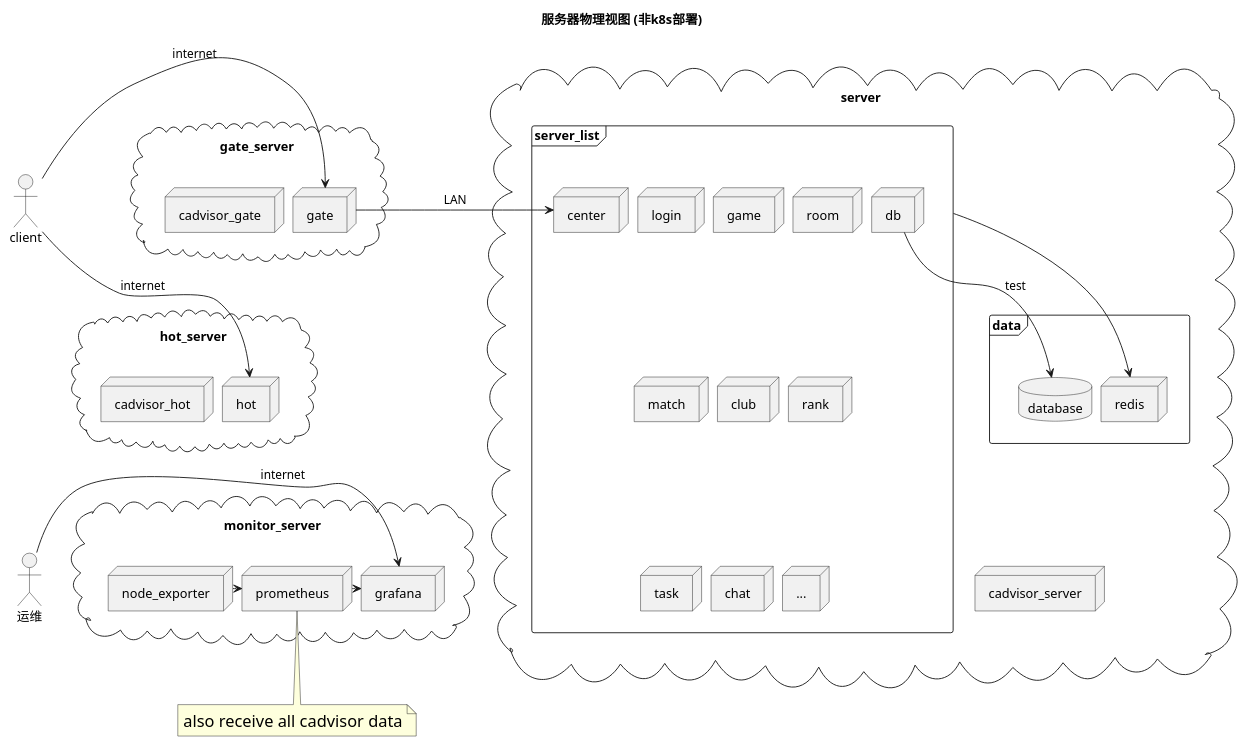
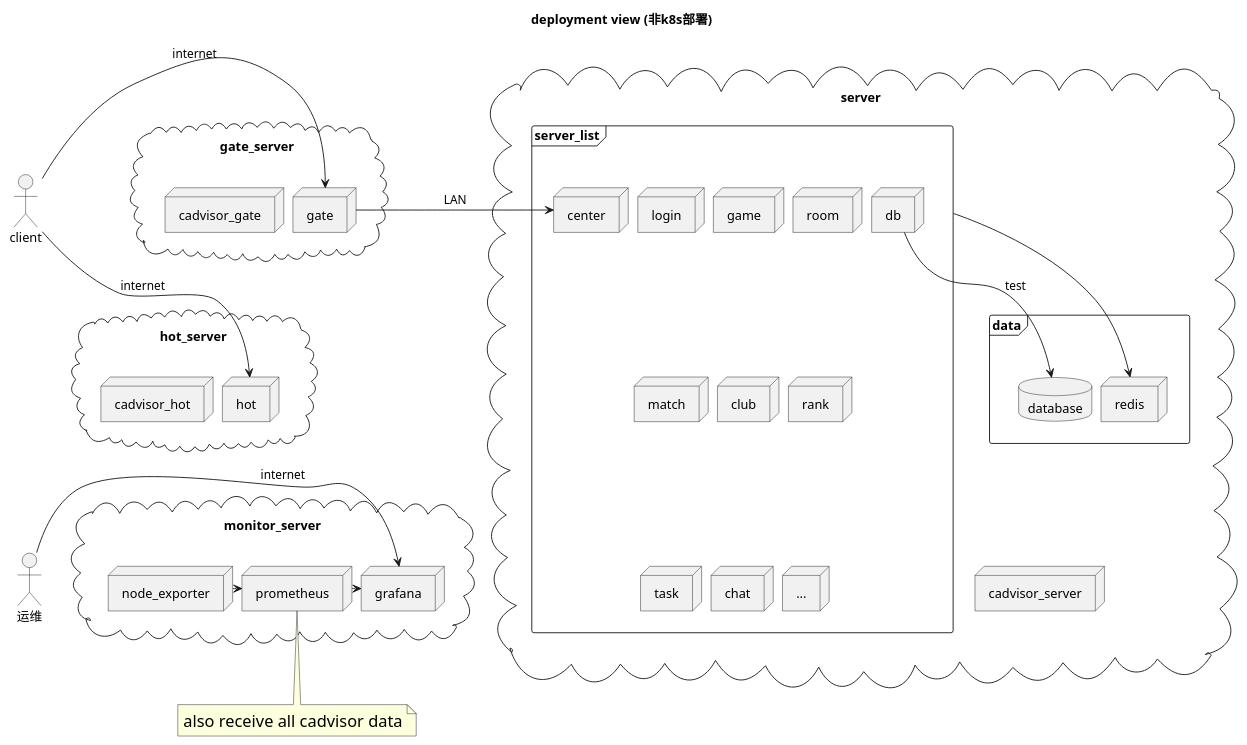
The second of 2 diagrams in blog_release/qygame.org (clay9/blog), drawn with PlantUML before and after one commit. The commit also changed other lines of this file and 1 other file, not shown here.

Commit message:
Auto Push 2023-06-16 00:13:41

```diff
--- a/blog_release/qygame.org
+++ b/blog_release/qygame.org
@@ -200,73 +200,73 @@
     #+begin_src plantuml :file qygame/server_deployment.png
       @startuml
-      title 服务器物理视图 (非k8s部署)
+      title deployment view (非k8s部署)
       skinparam nodesep 10
 
       together {
           actor client
           actor 运维 as ops
 
           client --[hidden]-> ops
       }
 
       together{
           cloud gate_server{
               node gate
               node cadvisor_gate
           }
           cloud hot_server {
               node hot
               node cadvisor_hot
           }
 
           cloud monitor_server{
               node node_exporter
               node prometheus
               node grafana
           }
 
           'gate_server放在hot_server之上
           gate_server --[hidden]> hot_server
           hot_server --[hidden]> monitor_server
       }
 
       cloud server {
           frame server_list{
               node center
               node login
               node game
               node room
               node match
               node club
               node rank
               node task
               node chat
               node db
               node "..."
           }
 
           frame data {
               database database
               node redis
           }
 
           node cadvisor_server
 
           cadvisor_server -[hidden]u-> data
       }
 
       client->gate : internet
       client->hot : internet
       gate->center :LAN
       server_list->redis
       db-->database : test
 
 
       ops->grafana : internet
       note "<size 18>also receive all cadvisor data</size>" as N1
       N1 -u-> prometheus
       node_exporter->prometheus
       prometheus->grafana
 
       @enduml
     #+end_src
```
